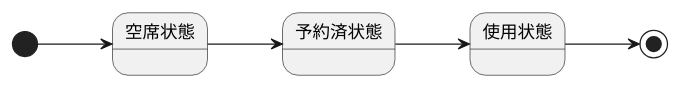
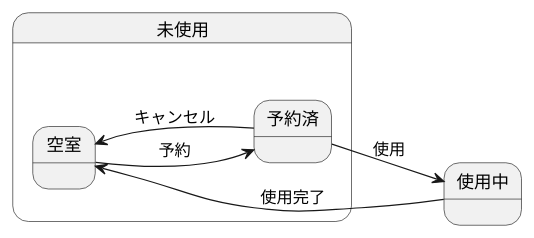
One commit to Aishin12/uml_introduction changed the diagram in 演習6-2_SD_部屋オブジェクト.pu. Above: the diagram before and after it, drawn with PlantUML.

Commit message:
演習6-2

```diff
--- a/演習6-2_SD_部屋オブジェクト.pu
+++ b/演習6-2_SD_部屋オブジェクト.pu
@@ -1,8 +1,10 @@
 @startuml 部屋オブジェクト
 left to right direction
-[*] --> 空席状態
-空席状態 --> 予約済状態
-予約済状態 --> 使用状態
-使用状態 --> [*]
+state 未使用{
+空室 -down-> 予約済 : 予約
+予約済 -up-> 空室 : キャンセル
+}
 
+予約済 --> 使用中 : 使用
+使用中 --> 空室 : 使用完了
 @enduml
```
